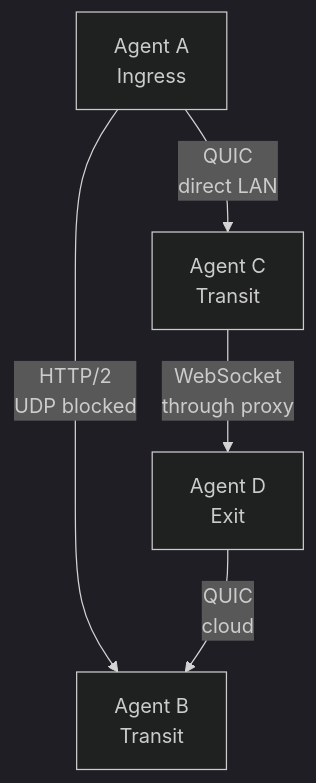
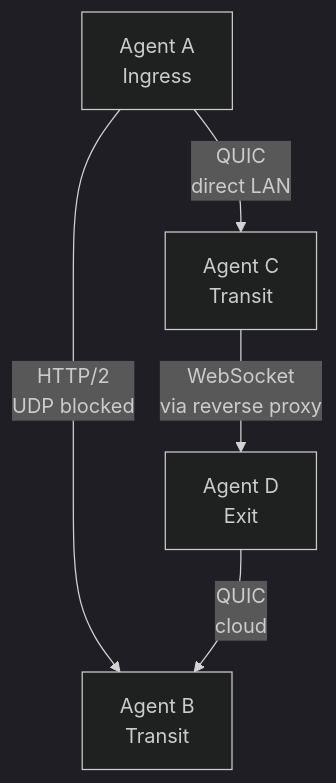
The fourth of 4 diagrams in docs/docs/concepts/transports.md (Muti-Metroo/Muti-Metroo), drawn with Mermaid (dark theme) before and after one commit. The commit also changed other lines of this file and 11 other files, not shown here.

````diff
--- a/docs/docs/concepts/transports.md
+++ b/docs/docs/concepts/transports.md
@@ -94,7 +94,7 @@
 ```mermaid
 flowchart TB
     A[Agent A<br/>Ingress] -->|QUIC<br/>direct LAN| C[Agent C<br/>Transit]
     A -->|HTTP/2<br/>UDP blocked| B[Agent B<br/>Transit]
-    C -->|WebSocket<br/>through proxy| D[Agent D<br/>Exit]
+    C -->|WebSocket<br/>via reverse proxy| D[Agent D<br/>Exit]
     D -->|QUIC<br/>cloud| B
 ```
````
